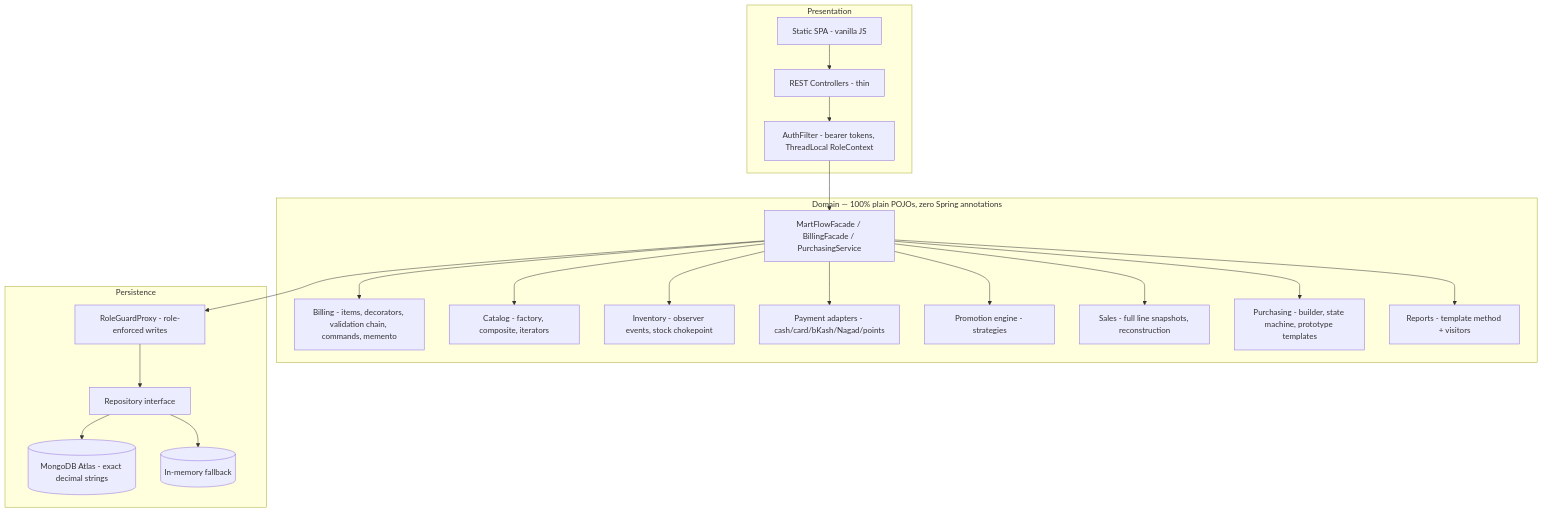
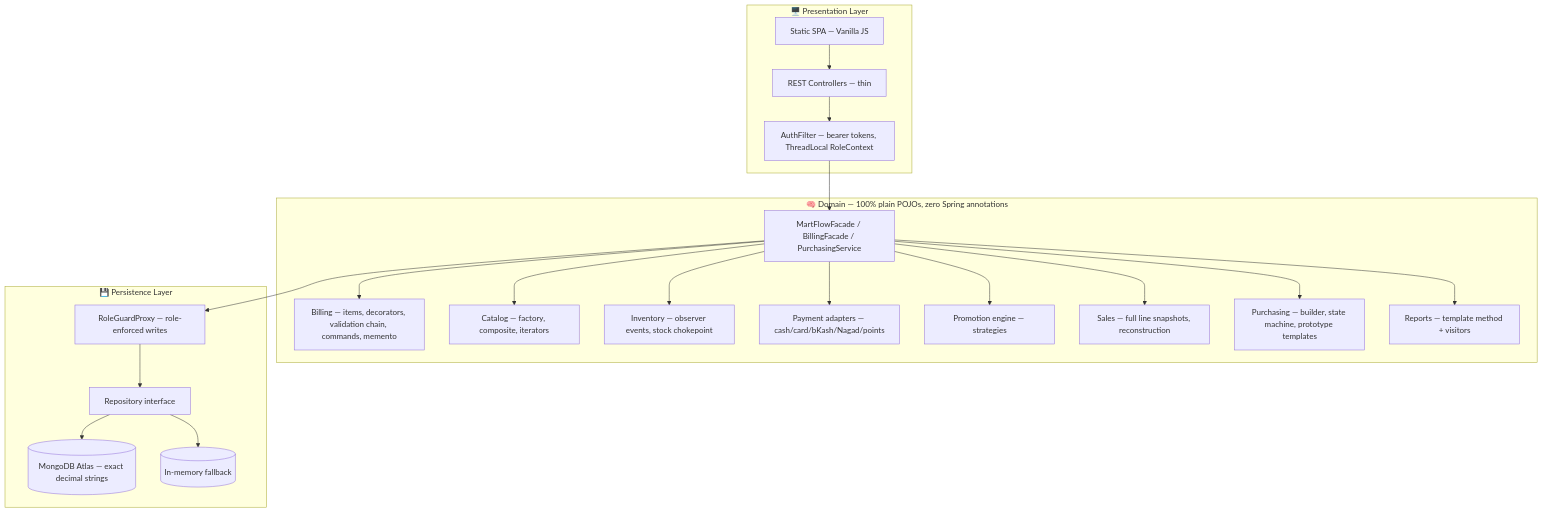
Before and after one commit to MHMITHUN/MartFlow-Supershop-POS: the diagram in README.md, drawn with Mermaid. The commit also changed other lines of this file, not shown here.

````diff
--- a/README.md
+++ b/README.md
@@ -120,28 +132,31 @@
 ```mermaid
 graph TB
-    subgraph Presentation
-        UI[Static SPA - vanilla JS]
-        API[REST Controllers - thin]
-        AUTH[AuthFilter - bearer tokens, ThreadLocal RoleContext]
+    subgraph Presentation["🖥️ Presentation Layer"]
+        UI[Static SPA — Vanilla JS]
+        API[REST Controllers — thin]
+        AUTH[AuthFilter — bearer tokens, ThreadLocal RoleContext]
     end
-    subgraph Domain["Domain — 100% plain POJOs, zero Spring annotations"]
+
+    subgraph Domain["🧠 Domain — 100% plain POJOs, zero Spring annotations"]
         F[MartFlowFacade / BillingFacade / PurchasingService]
-        BILL[Billing - items, decorators, validation chain, commands, memento]
-        CAT[Catalog - factory, composite, iterators]
-        INV[Inventory - observer events, stock chokepoint]
-        PAY[Payment adapters - cash/card/bKash/Nagad/points]
-        PRICE[Promotion engine - strategies]
-        SALE[Sales - full line snapshots, reconstruction]
-        SUPP[Purchasing - builder, state machine, prototype templates]
-        REP[Reports - template method + visitors]
+        BILL[Billing — items, decorators, validation chain, commands, memento]
+        CAT[Catalog — factory, composite, iterators]
+        INV[Inventory — observer events, stock chokepoint]
+        PAY[Payment adapters — cash/card/bKash/Nagad/points]
+        PRICE[Promotion engine — strategies]
+        SALE[Sales — full line snapshots, reconstruction]
+        SUPP[Purchasing — builder, state machine, prototype templates]
+        REP[Reports — template method + visitors]
     end
-    subgraph Persistence
-        PROXY[RoleGuardProxy - role-enforced writes]
+
+    subgraph Persistence["💾 Persistence Layer"]
+        PROXY[RoleGuardProxy — role-enforced writes]
         REPO[Repository interface]
-        MONGO[(MongoDB Atlas - exact decimal strings)]
+        MONGO[(MongoDB Atlas — exact decimal strings)]
         MEM[(In-memory fallback)]
     end
+
     UI --> API --> AUTH --> F
     F --> BILL & CAT & INV & PAY & PRICE & SALE & SUPP & REP
     F --> PROXY --> REPO --> MONGO & MEM
 ```
````
